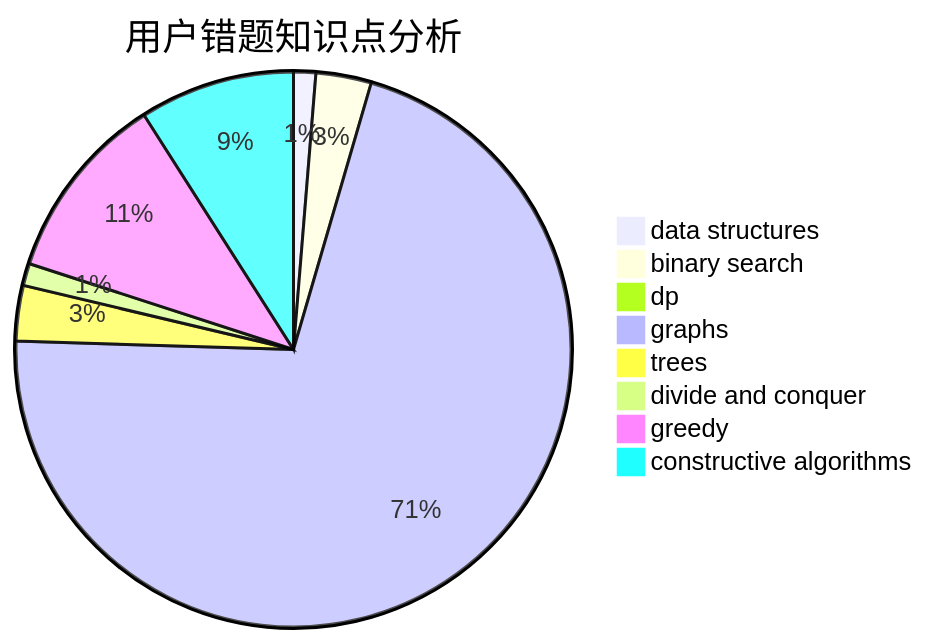
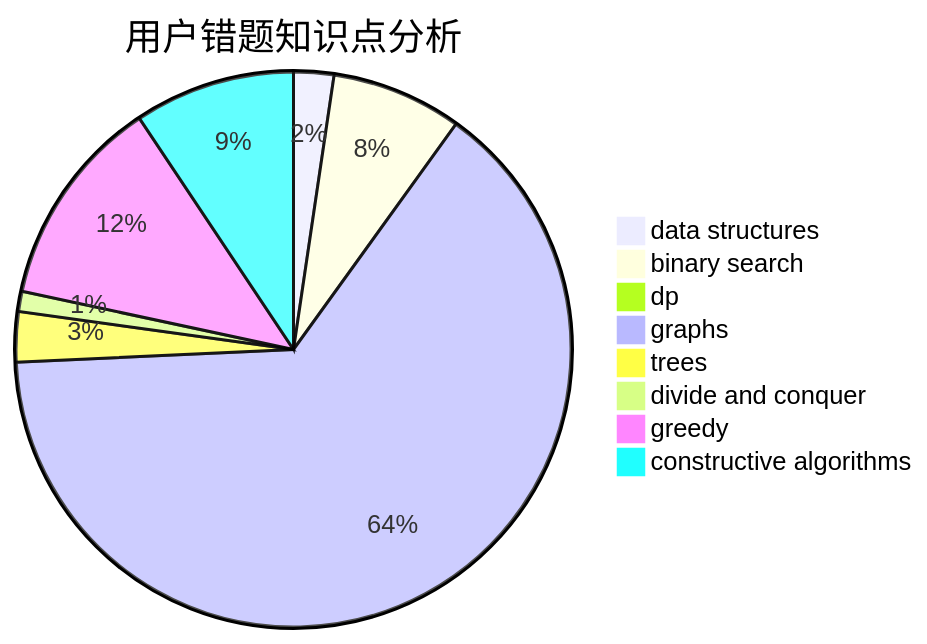
Before and after one commit to sherpahu/cfrs.github.io: the third of 3 diagrams in docs/user/u2745.md, drawn with Mermaid. The commit also changed other lines of this file and 2770 other files, not shown here.

````diff
--- a/docs/user/u2745.md
+++ b/docs/user/u2745.md
@@ -36,11 +36,11 @@
 ```mermaid
 pie title 用户错题知识点分析
-    "data structures" :  2
-    "binary search" :  5
+    "data structures" :  4
+    "binary search" :  13
     "dp" :  1
     "graphs" :  110
     "trees" :  5
     "divide and conquer" :  2
-    "greedy" :  17
-    "constructive algorithms" :  14
+    "greedy" :  21
+    "constructive algorithms" :  16
 ```
````
